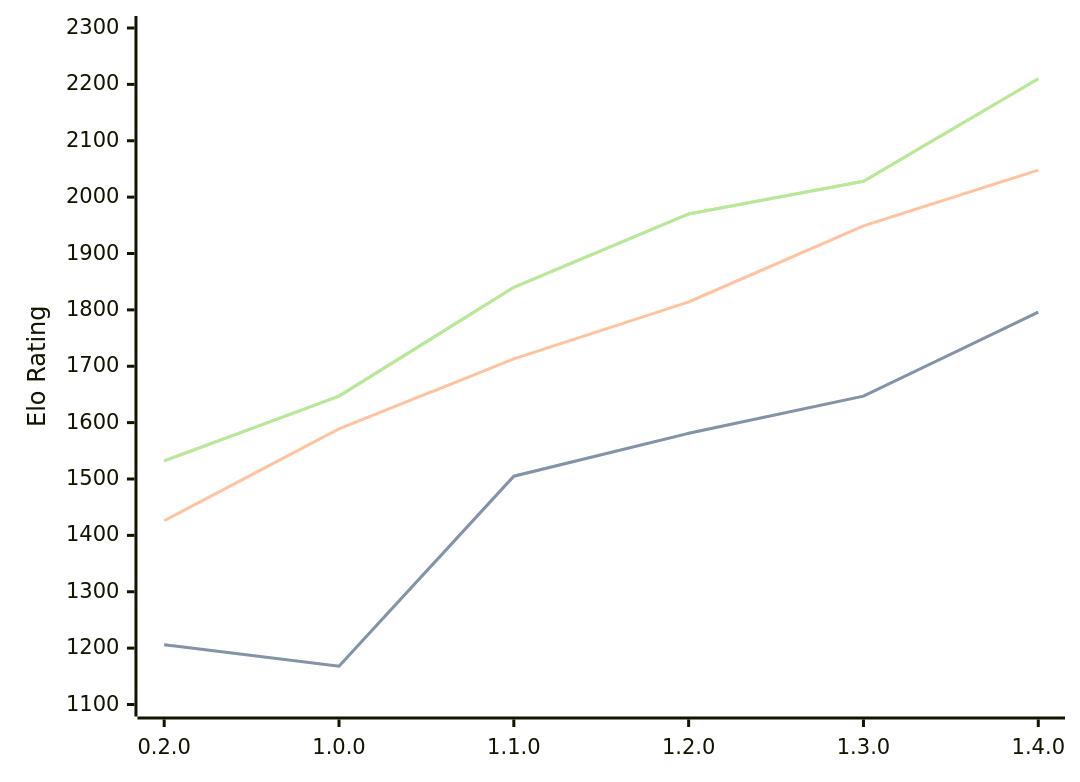
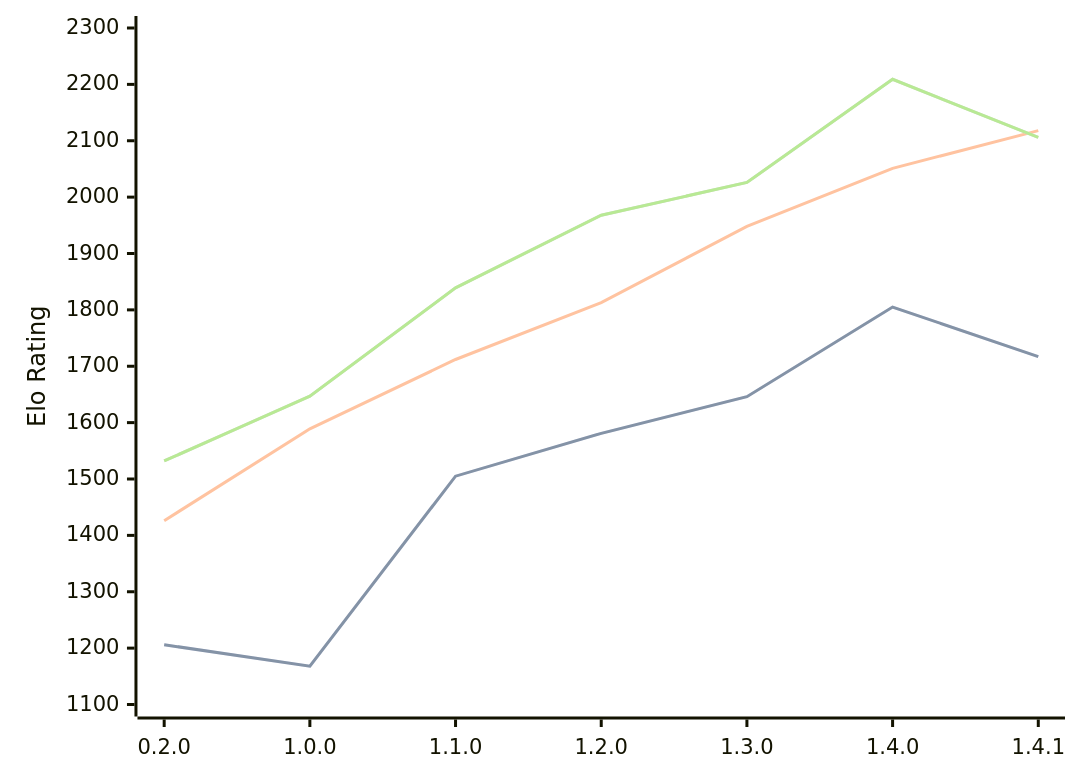
The diagram in engines/Zeppelin.md (computer-chess-index/cci), drawn with Mermaid before and after one commit. The commit also changed other lines of this file, not shown here.

Commit message:
Update CCI Ratings (ELO VLTC) - 2026-03-16

````diff
--- a/engines/Zeppelin.md
+++ b/engines/Zeppelin.md
@@ -36,11 +37,11 @@
 ```mermaid
 %%{init: {"theme":"base","themeVariables":{"seriesColors:['#a3a3a3','#222221','#faa371']}}}%%
 xychart-beta
-  x-axis ["0.2.0", "1.0.0", "1.1.0", "1.2.0", "1.3.0", "1.4.0"]
+  x-axis ["0.2.0", "1.0.0", "1.1.0", "1.2.0", "1.3.0", "1.4.0", "1.4.1"]
   y-axis "Elo Rating" 1100 --> 2300
-  line "STC (8.0+0.08s)" [1206, 1168, 1505, 1581, 1647, 1796]
-  line "STC (8.0+0.08s)" [1206, 1168, 1505, 1581, 1647, 1796]
-  line "LTC (60.0+0.60s)" [1426, 1589, 1713, 1814, 1949, 2048]
-  line "VLTC (2m24s+1.12s)" [1532, 1647, 1840, 1970, 2028, 2210]
-  line "VLTC (2m24s+1.12s)" [1532, 1647, 1840, 1970, 2028, 2210]
+  line "STC (8.0+0.08s)" [1206, 1168, 1505, 1581, 1646, 1805, 1717]
+  line "STC (8.0+0.08s)" [1206, 1168, 1505, 1581, 1646, 1805, 1717]
+  line "LTC (60.0+0.60s)" [1426, 1589, 1712, 1813, 1948, 2051, 2118]
+  line "VLTC (2m24s+1.12s)" [1532, 1647, 1839, 1968, 2026, 2209, 2106]
+  line "VLTC (2m24s+1.12s)" [1532, 1647, 1839, 1968, 2026, 2209, 2106]
 ```
````
